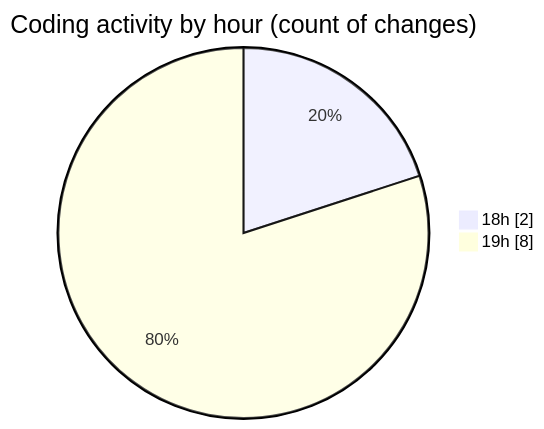
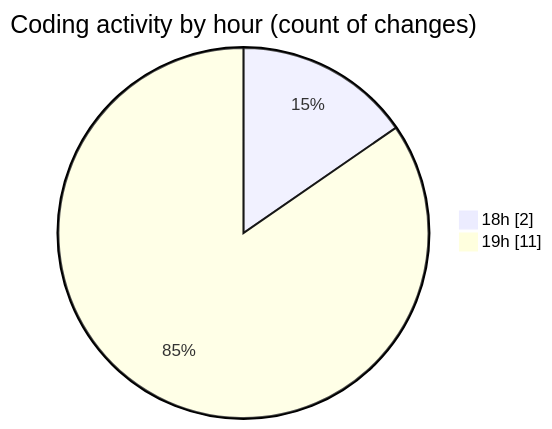
The second of 2 diagrams in 2025-02-27/myws__workspace_/README.md (MatusMokan/code-tracking), drawn with Mermaid before and after one commit. The commit also changed other lines of this file and 1 other file, not shown here.

````diff
--- a/2025-02-27/myws__workspace_/README.md
+++ b/2025-02-27/myws__workspace_/README.md
@@ -28,6 +28,6 @@
 ```mermaid
 pie showData
 title Coding activity by hour (count of changes)
 "18h" : 2
-"19h" : 8
+"19h" : 11
 ```
````
